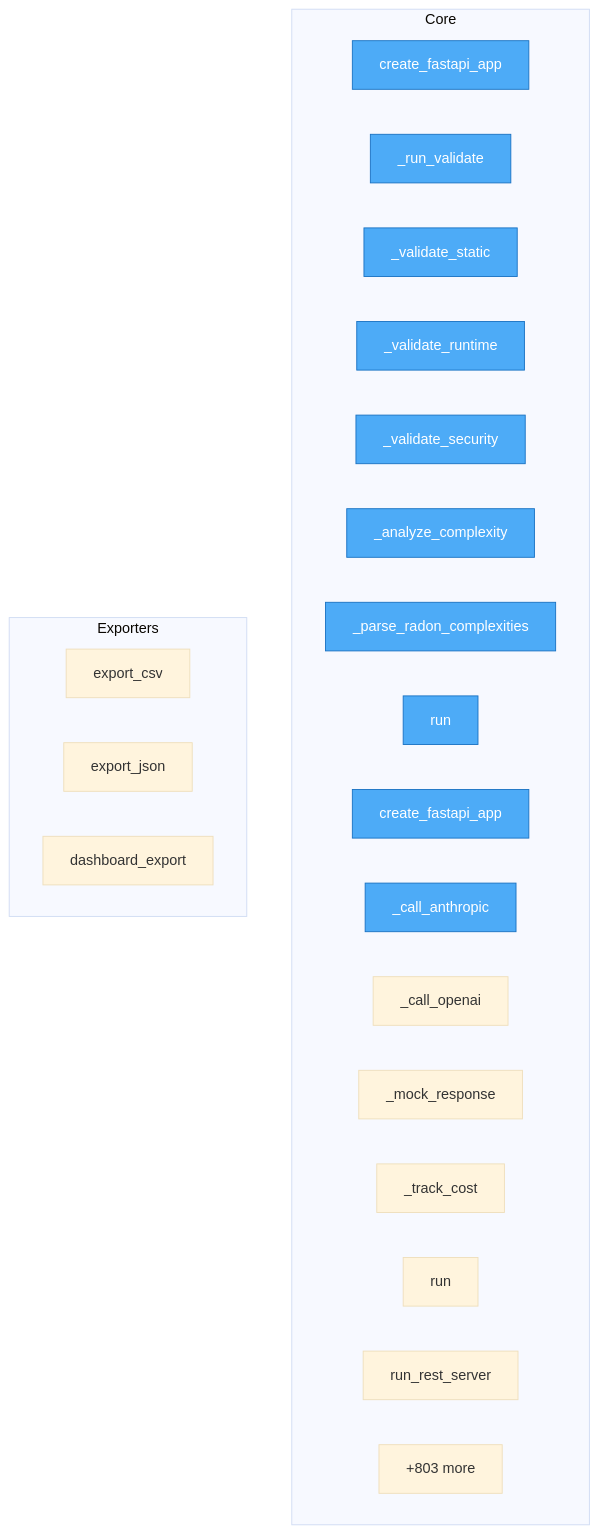
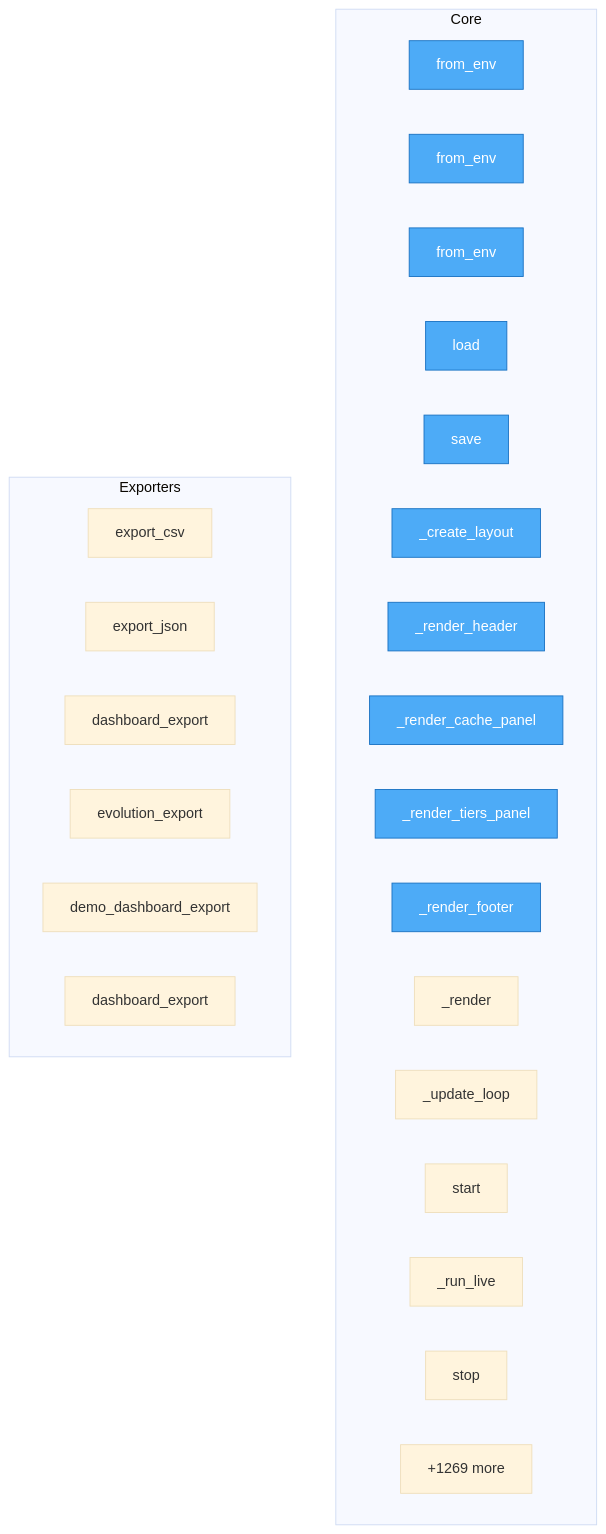
One commit to semcod/algitex changed the diagram in project/flow.mmd. Above: the diagram before and after it, drawn with Mermaid (base theme). The commit also changed 60 other files, not shown here.

```diff
--- a/project/flow.mmd
+++ b/project/flow.mmd
@@ -1,31 +1,34 @@
 flowchart TD
 
     %% Entry points (blue)
     classDef entry fill:#4dabf7,stroke:#1971c2,color:#fff
 
     subgraph Core
-        docker__vallm__vallm_server__VallmServer__create_fastapi_app["create_fastapi_app"]
-        docker__vallm__vallm_server__VallmServer___run_validate["_run_validate"]
-        docker__vallm__vallm_server__VallmServer___validate_static["_validate_static"]
-        docker__vallm__vallm_server__VallmServer___validate_runtime["_validate_runtime"]
-        docker__vallm__vallm_server__VallmServer___validate_security["_validate_security"]
-        docker__vallm__vallm_server__VallmServer___analyze_complexity["_analyze_complexity"]
-        docker__vallm__vallm_server__VallmServer___parse_radon_complexities["_parse_radon_complexities"]
-        docker__vallm__vallm_server__VallmServer__run["run"]
-        docker__proxym__proxym_server__ProxymServer__create_fastapi_app["create_fastapi_app"]
-        docker__proxym__proxym_server__ProxymServer___call_anthropic["_call_anthropic"]
-        docker__proxym__proxym_server__ProxymServer___call_openai["_call_openai"]
-        docker__proxym__proxym_server__ProxymServer___mock_response["_mock_response"]
-        docker__proxym__proxym_server__ProxymServer___track_cost["_track_cost"]
-        docker__proxym__proxym_server__ProxymServer__run["run"]
-        docker__vallm__vallm_mcp_server__run_rest_server["run_rest_server"]
-        ...["+803 more"]
+        src__algitex__config__ProxyConfig__from_env["from_env"]
+        src__algitex__config__TicketConfig__from_env["from_env"]
+        src__algitex__config__AnalysisConfig__from_env["from_env"]
+        src__algitex__config__Config__load["load"]
+        src__algitex__config__Config__save["save"]
+        src__algitex__dashboard__LiveDashboard___create_layout["_create_layout"]
+        src__algitex__dashboard__LiveDashboard___render_header["_render_header"]
+        src__algitex__dashboard__LiveDashboard___render_cache_panel["_render_cache_panel"]
+        src__algitex__dashboard__LiveDashboard___render_tiers_panel["_render_tiers_panel"]
+        src__algitex__dashboard__LiveDashboard___render_footer["_render_footer"]
+        src__algitex__dashboard__LiveDashboard___render["_render"]
+        src__algitex__dashboard__LiveDashboard___update_loop["_update_loop"]
+        src__algitex__dashboard__LiveDashboard__start["start"]
+        src__algitex__dashboard__LiveDashboard___run_live["_run_live"]
+        src__algitex__dashboard__LiveDashboard__stop["stop"]
+        ...["+1269 more"]
     end
 
     subgraph Exporters
         src__algitex__metrics__MetricsReporter__export_csv["export_csv"]
         src__algitex__benchmark__BenchmarkRunner__export_json["export_json"]
         src__algitex__cli__dashboard__dashboard_export["dashboard_export"]
+        project__map__toon__evolution_export["evolution_export"]
+        project__map__toon__demo_dashboard_export["demo_dashboard_export"]
+        project__map__toon__dashboard_export["dashboard_export"]
     end
 
-    class docker__vallm__vallm_server__VallmServer__create_fastapi_app,docker__vallm__vallm_server__VallmServer___run_validate,docker__vallm__vallm_server__VallmServer___validate_static,docker__vallm__vallm_server__VallmServer___validate_runtime,docker__vallm__vallm_server__VallmServer___validate_security,docker__vallm__vallm_server__VallmServer___analyze_complexity,docker__vallm__vallm_server__VallmServer___parse_radon_complexities,docker__vallm__vallm_server__VallmServer__run,docker__proxym__proxym_server__ProxymServer__create_fastapi_app,docker__proxym__proxym_server__ProxymServer___call_anthropic entry
+    class src__algitex__config__ProxyConfig__from_env,src__algitex__config__TicketConfig__from_env,src__algitex__config__AnalysisConfig__from_env,src__algitex__config__Config__load,src__algitex__config__Config__save,src__algitex__dashboard__LiveDashboard___create_layout,src__algitex__dashboard__LiveDashboard___render_header,src__algitex__dashboard__LiveDashboard___render_cache_panel,src__algitex__dashboard__LiveDashboard___render_tiers_panel,src__algitex__dashboard__LiveDashboard___render_footer entry
```
